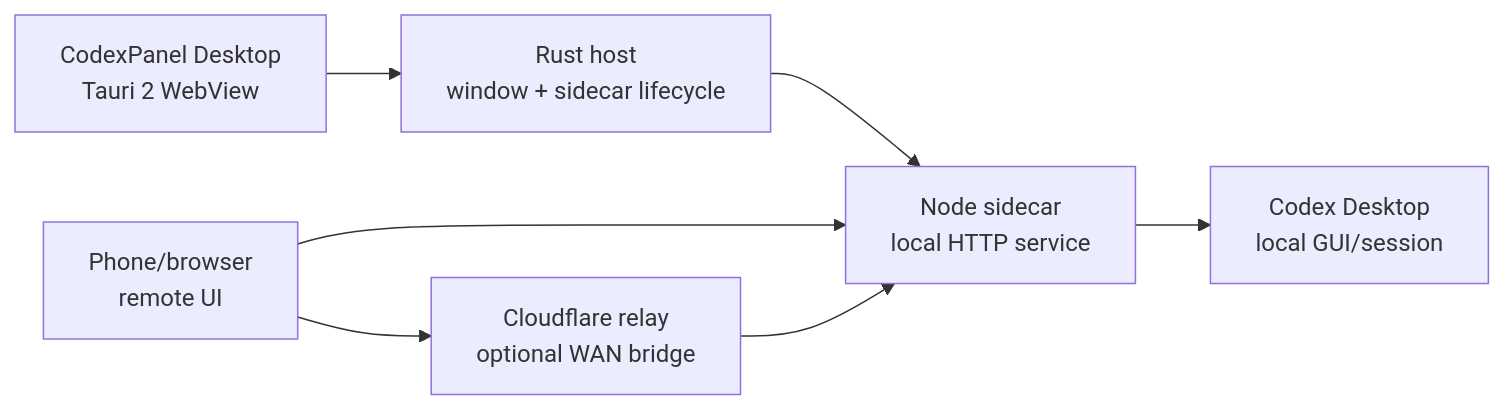
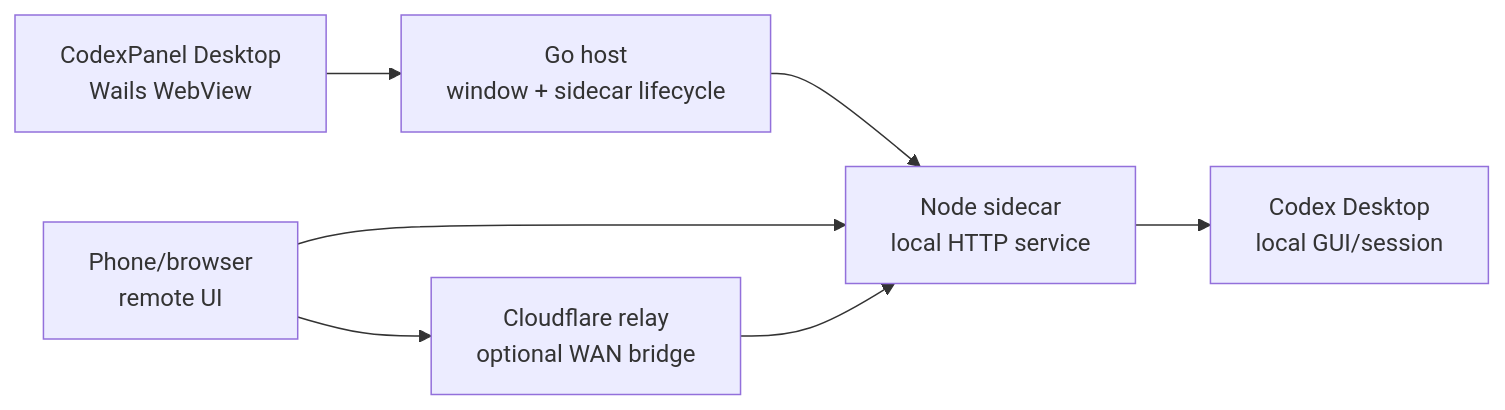
The diagram in README.md (wintopic/CodexPanel), drawn with Mermaid before and after one commit. The commit also changed other lines of this file and 39 other files, not shown here.

Commit message:
refactor: migrate desktop shell to Wails

````diff
--- a/README.md
+++ b/README.md
@@ -29,16 +28,16 @@
 ```mermaid
 flowchart LR
-  Desktop["CodexPanel Desktop<br/>Tauri 2 WebView"]
-  Rust["Rust host<br/>window + sidecar lifecycle"]
+  Desktop["CodexPanel Desktop<br/>Wails WebView"]
+  GoHost["Go host<br/>window + sidecar lifecycle"]
   Sidecar["Node sidecar<br/>local HTTP service"]
   Codex["Codex Desktop<br/>local GUI/session"]
   Phone["Phone/browser<br/>remote UI"]
   Relay["Cloudflare relay<br/>optional WAN bridge"]
 
-  Desktop --> Rust
-  Rust --> Sidecar
+  Desktop --> GoHost
+  GoHost --> Sidecar
   Sidecar --> Codex
   Phone --> Sidecar
   Phone --> Relay
   Relay --> Sidecar
 ```
````
